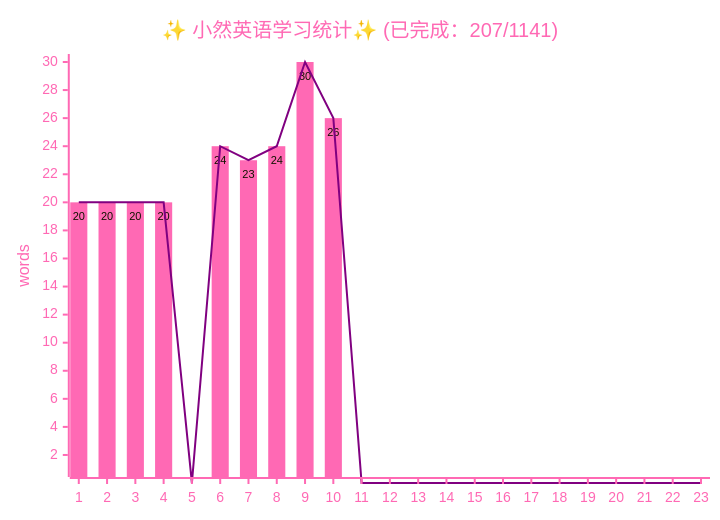
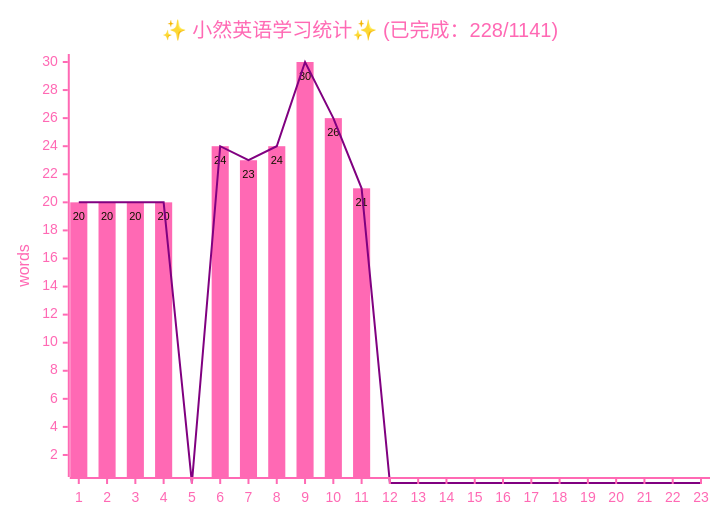
One commit to zsh-rc/zsh-rc.github.io changed the diagram in docs/life-lessons/xiaoran/2026-xiaoran.md. Above: the diagram before and after it, drawn with Mermaid. The commit also changed 1 other file, not shown here.

Commit message:
check-xiaoran

```diff
--- a/docs/life-lessons/xiaoran/2026-xiaoran.md
+++ b/docs/life-lessons/xiaoran/2026-xiaoran.md
@@ -11,25 +11,25 @@
 ~~~mermaid
 ---
 config:
     xyChart:
         showDataLabel: true
     themeVariables:
         xyChart:
             titleColor: "#FF69B4"
             xAxisTitleColor: "#FF69B4"
             xAxisLabelColor: "#FF69B4"
             xAxisLineColor: "#FF69B4"
             xAxisTickColor: "#FF69B4"
             yAxisLabelColor: "#FF69B4"
             yAxisTitleColor: "#FF69B4"
             yAxisLineColor: "#FF69B4"
             yAxisTickColor: "#FF69B4"
             plotColorPalette: '#FF69B4, #800080'
 ---
 xychart
-    title "✨ 小然英语学习统计✨ (已完成：207/1141)"
+    title "✨ 小然英语学习统计✨ (已完成：228/1141)"
     y-axis "words" 1 --> 30
     x-axis [1,  2,  3,  4,  5,  6,  7,  8,  9,  10, 11, 12, 13, 14, 15, 16, 17, 18, 19, 20, 21, 22, 23]
-    bar    [20, 20, 20, 20, 0,  24, 23, 24, 30, 26,  0, 0,  0,  0,  0,  0,  0,  0,  0,  0,  0,  0,  0]
-    line   [20, 20, 20, 20, 0,  24, 23, 24, 30, 26,  0, 0,  0,  0,  0,  0,  0,  0,  0,  0,  0,  0,  0]
+    bar    [20, 20, 20, 20, 0,  24, 23, 24, 30, 26,  21, 0,  0,  0,  0,  0,  0,  0,  0,  0,  0,  0,  0]
+    line   [20, 20, 20, 20, 0,  24, 23, 24, 30, 26,  21, 0,  0,  0,  0,  0,  0,  0,  0,  0,  0,  0,  0]
 ~~~
```
